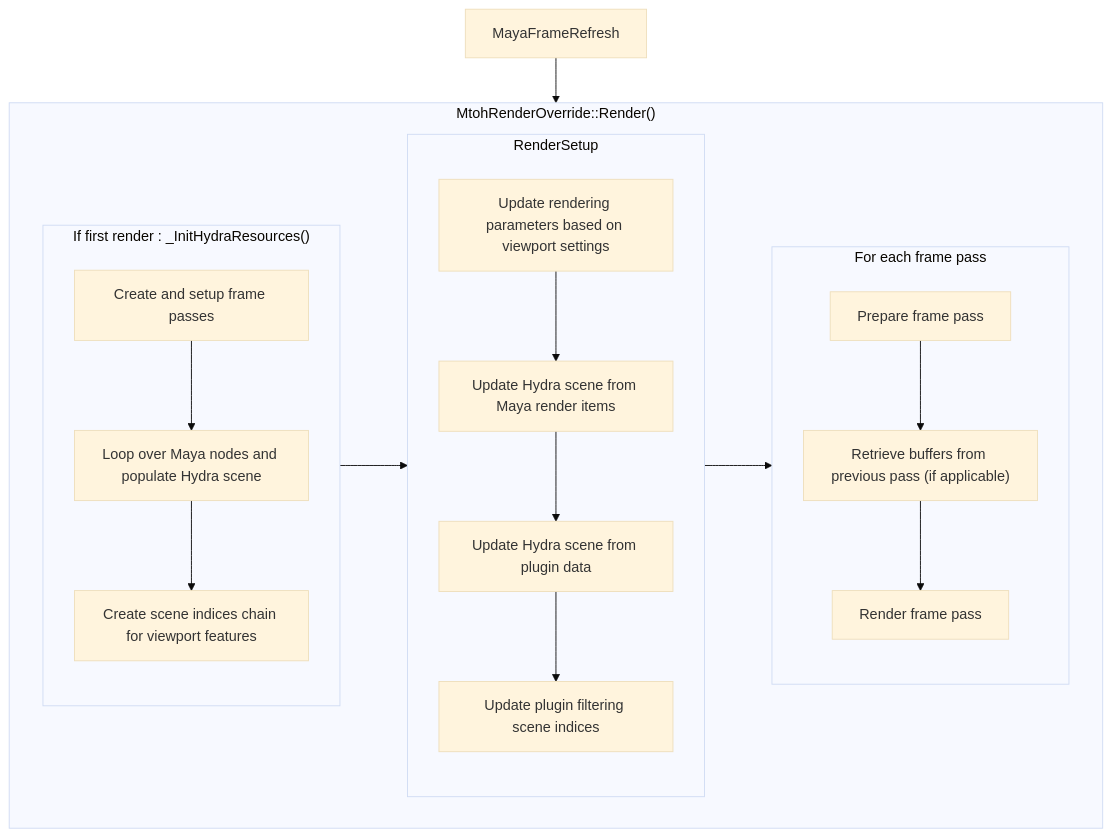
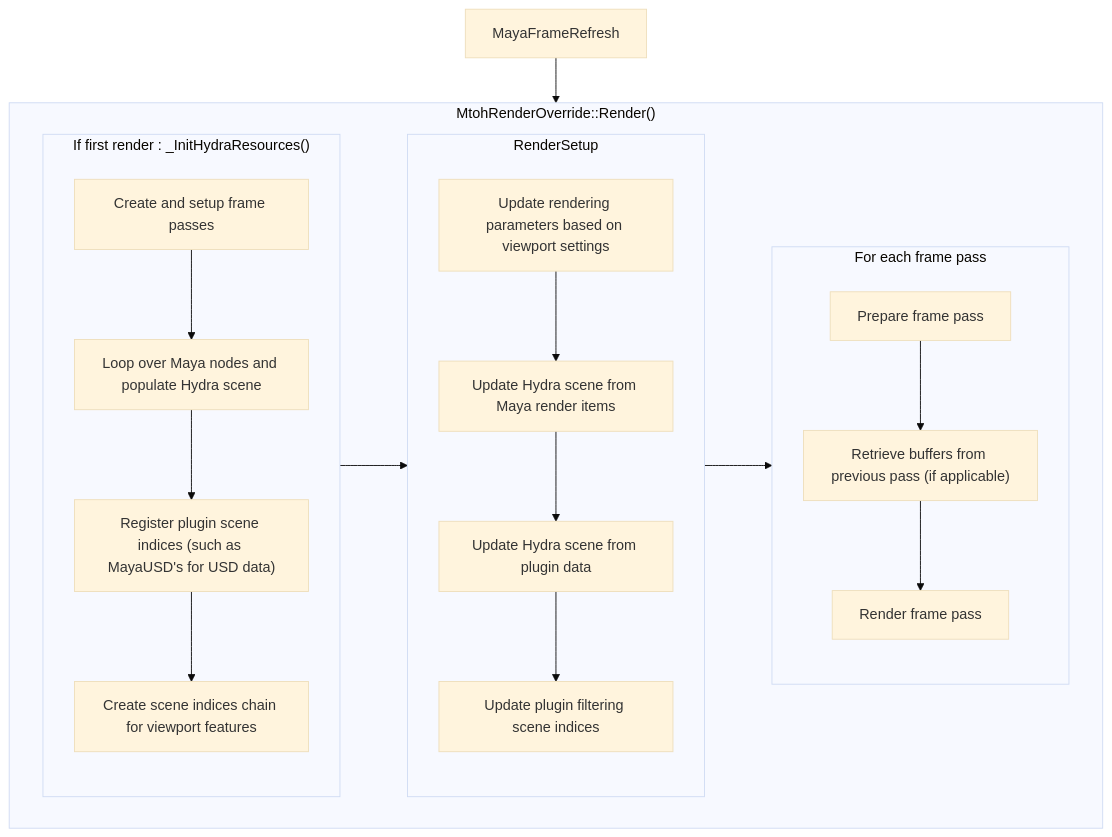
One commit to Autodesk/maya-hydra changed the sixth of 6 diagrams in doc/mayaHydraDetails.md. Above: the diagram before and after it, drawn with Mermaid (base theme).

````diff
--- a/doc/mayaHydraDetails.md
+++ b/doc/mayaHydraDetails.md
@@ -156,26 +156,27 @@
 ```mermaid
 
 flowchart TD
 
 MayaFrameRefresh
 MayaFrameRefresh --> MtohRenderOverrideRender
 subgraph MtohRenderOverrideRender["MtohRenderOverride::Render()"]
 subgraph InitHydraResources["If first render : _InitHydraResources()"]
   CreateFramePasses["Create and setup frame passes"] --> PopulateMayaData["Loop over Maya nodes and populate Hydra scene"]
-  PopulateMayaData --> CreateSceneIndexChain["Create scene indices chain for viewport features"]
+  PopulateMayaData --> SceneIndexRegistration["Register plugin scene indices (such as MayaUSD's for USD data)"]
+  SceneIndexRegistration --> CreateSceneIndexChain["Create scene indices chain for viewport features"]
 end
 InitHydraResources --> RenderSetup
 subgraph RenderSetup
 UpdateRenderParams["Update rendering parameters based on viewport settings"]
 UpdateRenderParams --> UpdateRenderItems["Update Hydra scene from Maya render items"]
 UpdateRenderItems --> UpdatePluginData["Update Hydra scene from plugin data"]
 UpdatePluginData --> UpdatePluginFilteringSceneIndices["Update plugin filtering scene indices"]
 end
 RenderSetup --> FramePass
 subgraph FramePass["For each frame pass"]
 PrepareFramePass["Prepare frame pass"]
 PrepareFramePass --> GetBuffers["Retrieve buffers from previous pass (if applicable)"]
 GetBuffers --> RenderFramePass["Render frame pass"]
 end
 end
 ```
````
